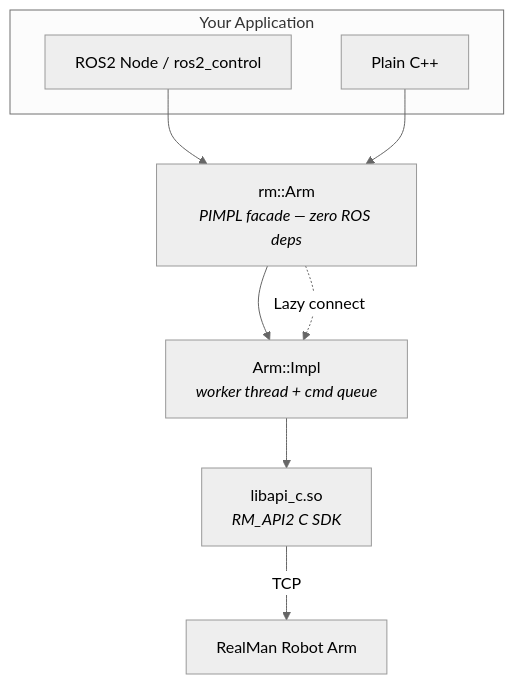
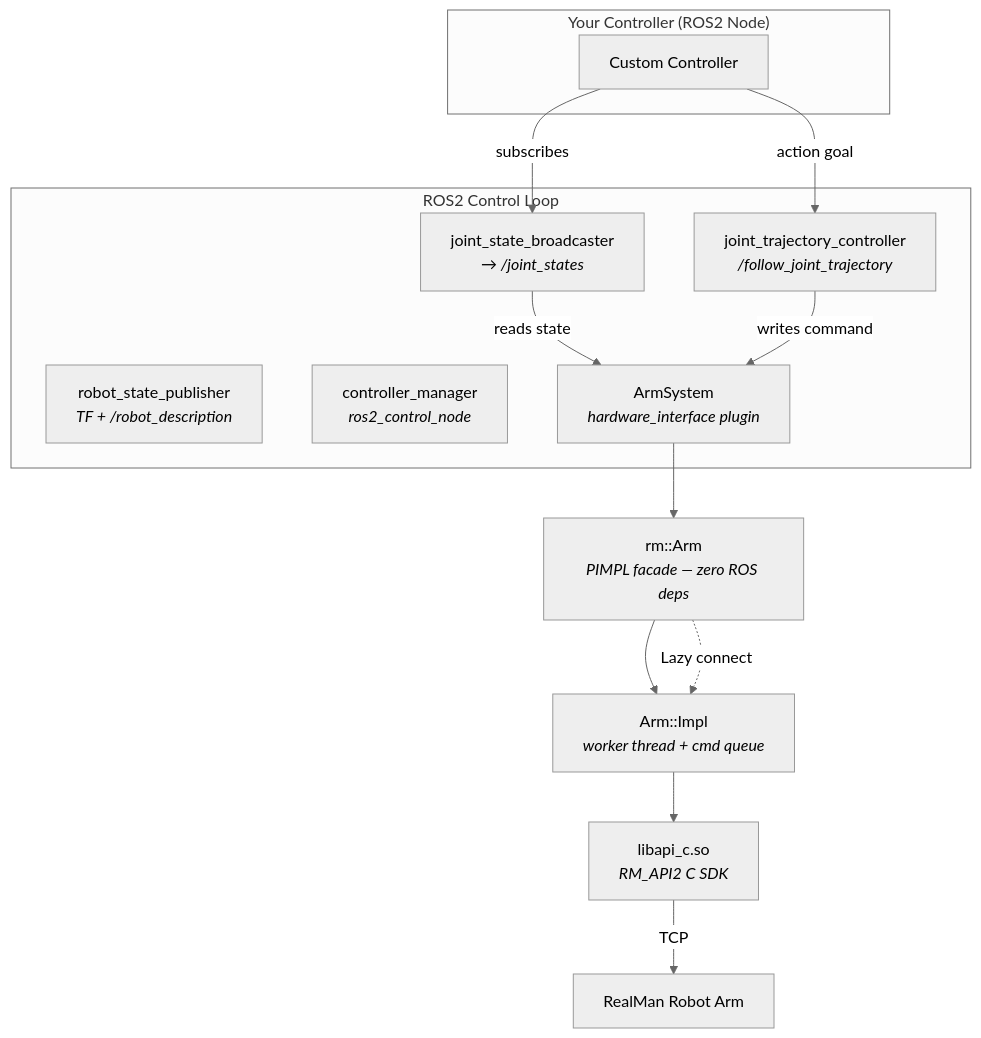
Before and after one commit to sunyuming53-byte/the_first_box: the first of 4 diagrams in README.md, drawn with Mermaid (neutral theme). The commit also changed other lines of this file, not shown here.

First line of the commit message:
docs: update README with ros2_control architecture and bringup

````diff
--- a/README.md
+++ b/README.md
@@ -117,17 +128,28 @@
 ```mermaid
 flowchart TD
-    subgraph User["Your Application"]
-        ROS["ROS2 Node / ros2_control"]
-        PLAIN["Plain C++"]
+    subgraph ROS2["ROS2 Control Loop"]
+        RSP["robot_state_publisher<br/><i>TF + /robot_description</i>"]
+        CM["controller_manager<br/><i>ros2_control_node</i>"]
+        JSB["joint_state_broadcaster<br/><i>→ /joint_states</i>"]
+        JTC["joint_trajectory_controller<br/><i>/follow_joint_trajectory</i>"]
+        HW["ArmSystem<br/><i>hardware_interface plugin</i>"]
     end
 
-    ROS --> Arm
-    PLAIN --> Arm
+    subgraph User["Your Controller (ROS2 Node)"]
+        CTRL["Custom Controller"]
+    end
+
+    JSB -->|reads state| HW
+    JTC -->|writes command| HW
+    HW --> Arm
+
+    CTRL -->|subscribes| JSB
+    CTRL -->|action goal| JTC
 
     Arm["rm::Arm<br/><i>PIMPL facade — zero ROS deps</i>"]
     Arm --> Impl["Arm::Impl<br/><i>worker thread + cmd queue</i>"]
     Impl --> SDK["libapi_c.so<br/><i>RM_API2 C SDK</i>"]
-    SDK -->|TCP| HW["RealMan Robot Arm"]
+    SDK -->|TCP| HW2["RealMan Robot Arm"]
 
     Arm -.->|Lazy connect| Impl
 ```
````
